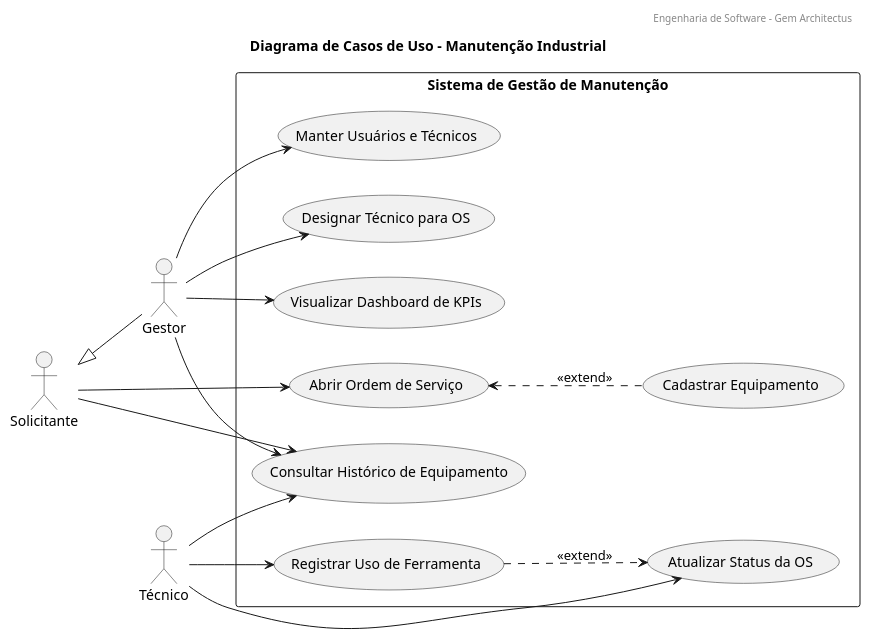
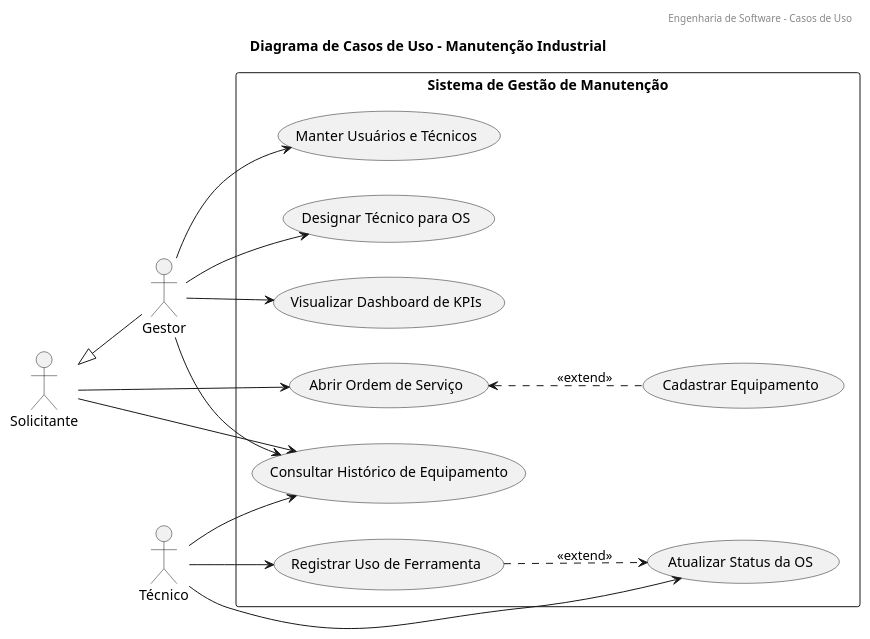
Before and after one commit to vfazano/Projeto-Integrador-1Sem: the diagram in documentacao/Diagrama - Casos de Uso/casosdeuso.puml, drawn with PlantUML. The commit also changed 17 other files, not shown here.

Commit message:
docs: Diagrama Casos de Uso

```diff
--- a/documentacao/Diagrama - Casos de Uso/casosdeuso.puml
+++ b/documentacao/Diagrama - Casos de Uso/casosdeuso.puml
@@ -1,57 +1,57 @@
 @startuml "Sistema de Gestão de Manutenção"
 
-header Engenharia de Software - Gem Architectus
+header Engenharia de Software - Casos de Uso
 title Diagrama de Casos de Uso - Manutenção Industrial
 
 left to right direction
 
 ' --- Definição de Atores ---
 actor "Solicitante" as S
 actor "Técnico" as T
 actor "Gestor" as G
 
 ' --- Herança de Atores ---
 ' O Gestor pode realizar tudo que o Solicitante faz
 G -up-|> S
 
 ' --- Sistema ---
 rectangle "Sistema de Gestão de Manutenção" {
     
     usecase "Abrir Ordem de Serviço" as UC01
     usecase "Cadastrar Equipamento" as UC_CAD_EQUIP
     
     usecase "Designar Técnico para OS" as UC02
     
     usecase "Atualizar Status da OS" as UC03
     
     usecase "Registrar Uso de Ferramenta" as UC04
     
     usecase "Consultar Histórico de Equipamento" as UC05
     
     usecase "Visualizar Dashboard de KPIs" as UC06
     
     usecase "Manter Usuários e Técnicos" as UC_MAN_USER
 
     ' --- Relacionamentos de Inclusão/Extensão ---
     UC01 <.. UC_CAD_EQUIP : <<extend>>
     UC04 ..> UC03 : <<extend>>
 }
 
 ' --- Associações dos Atores ---
 
 ' Solicitante
 S --> UC01
 S --> UC05
 
 ' Técnico
 T --> UC03
 T --> UC04
 T --> UC05
 
 ' Gestor
 G --> UC02
 G --> UC05
 G --> UC06
 G --> UC_MAN_USER
 
 @enduml
```
